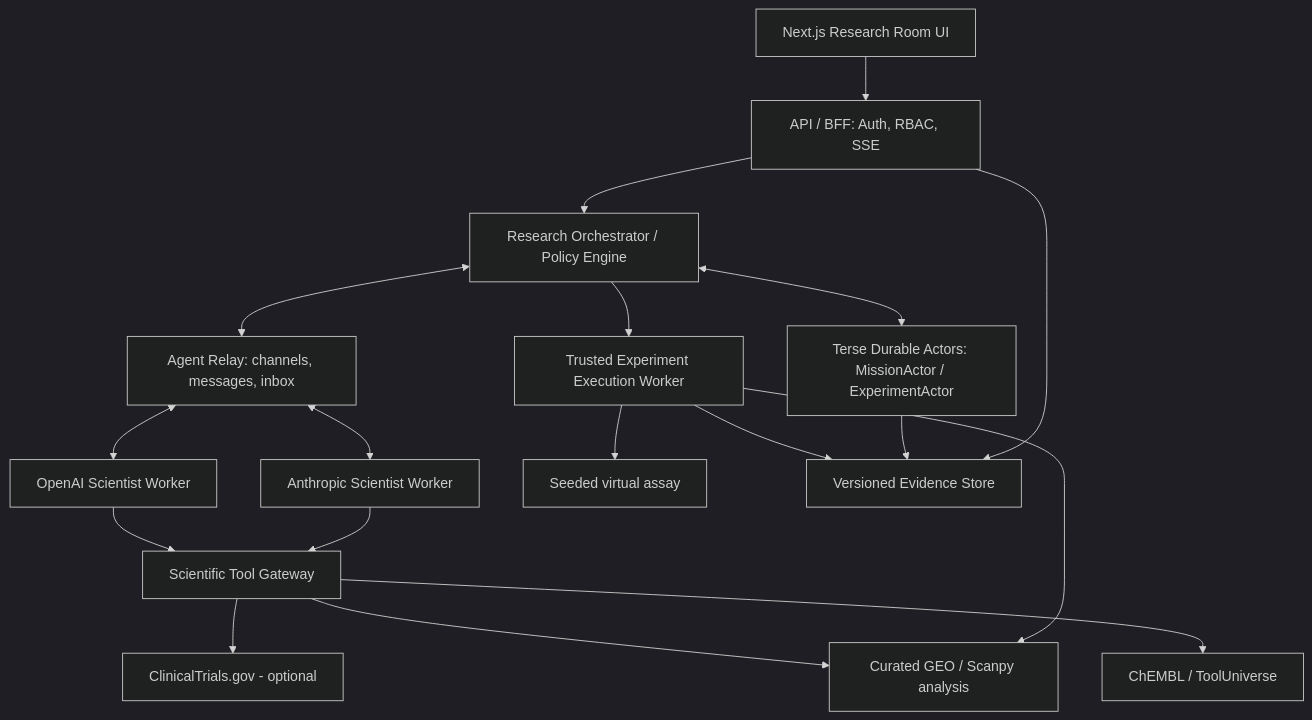
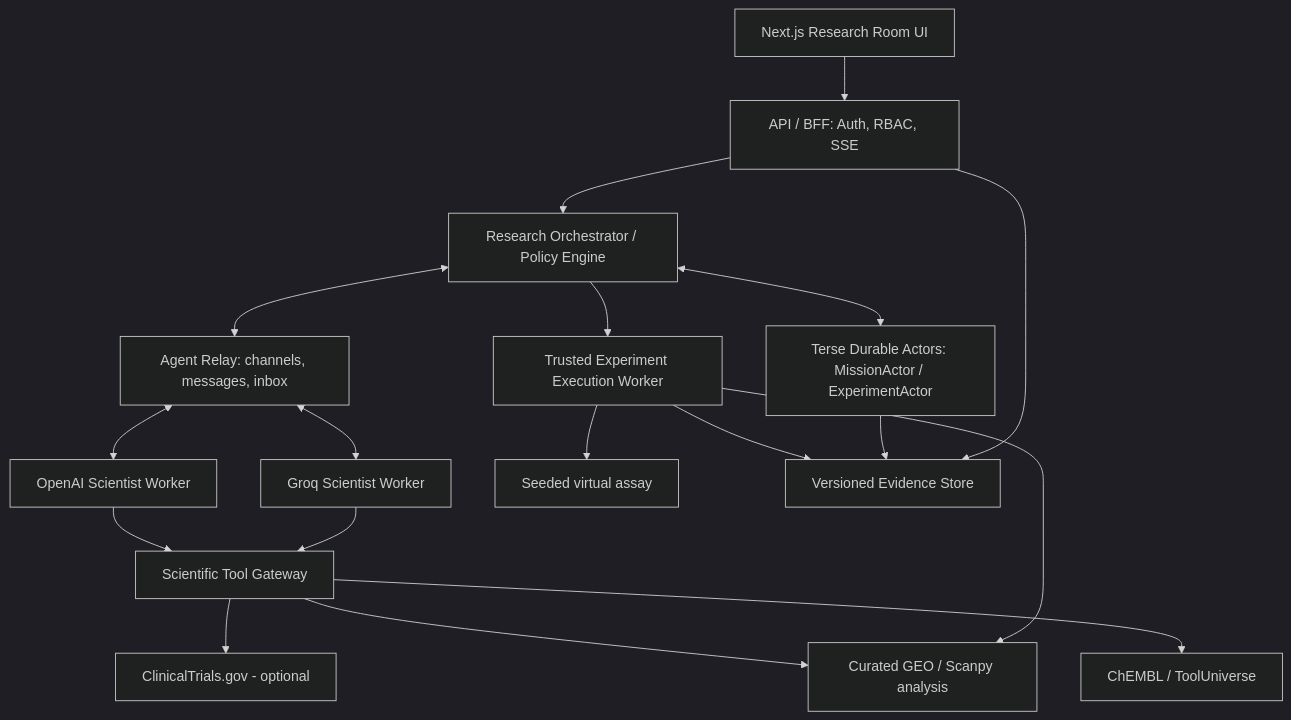
Before and after one commit to luxinlabs/mearc-curelab: the third of 7 diagrams in CureLab_System_Design.md, drawn with Mermaid (dark theme). The commit also changed other lines of this file and 22 other files, not shown here.

````diff
--- a/CureLab_System_Design.md
+++ b/CureLab_System_Design.md
@@ -43,20 +118,20 @@
 ```mermaid
 flowchart TB
     UI[Next.js Research Room UI] --> BFF[API / BFF: Auth, RBAC, SSE]
     BFF --> ORCH[Research Orchestrator / Policy Engine]
     ORCH <--> RELAY[Agent Relay: channels, messages, inbox]
     ORCH <--> ACTORS[Terse Durable Actors: MissionActor / ExperimentActor]
     RELAY <--> OPENAI[OpenAI Scientist Worker]
-    RELAY <--> CLAUDE[Anthropic Scientist Worker]
+    RELAY <--> CLAUDE[Groq Scientist Worker]
     OPENAI --> GATE[Scientific Tool Gateway]
     CLAUDE --> GATE
     GATE --> GEO[Curated GEO / Scanpy analysis]
     GATE --> CHEMBL[ChEMBL / ToolUniverse]
     GATE --> CLIN[ClinicalTrials.gov - optional]
     ORCH --> EXEC[Trusted Experiment Execution Worker]
     EXEC --> GEO
     EXEC --> SIM[Seeded virtual assay]
     EXEC --> STORE[Versioned Evidence Store]
     ACTORS --> STORE
     BFF --> STORE
 ```
````
